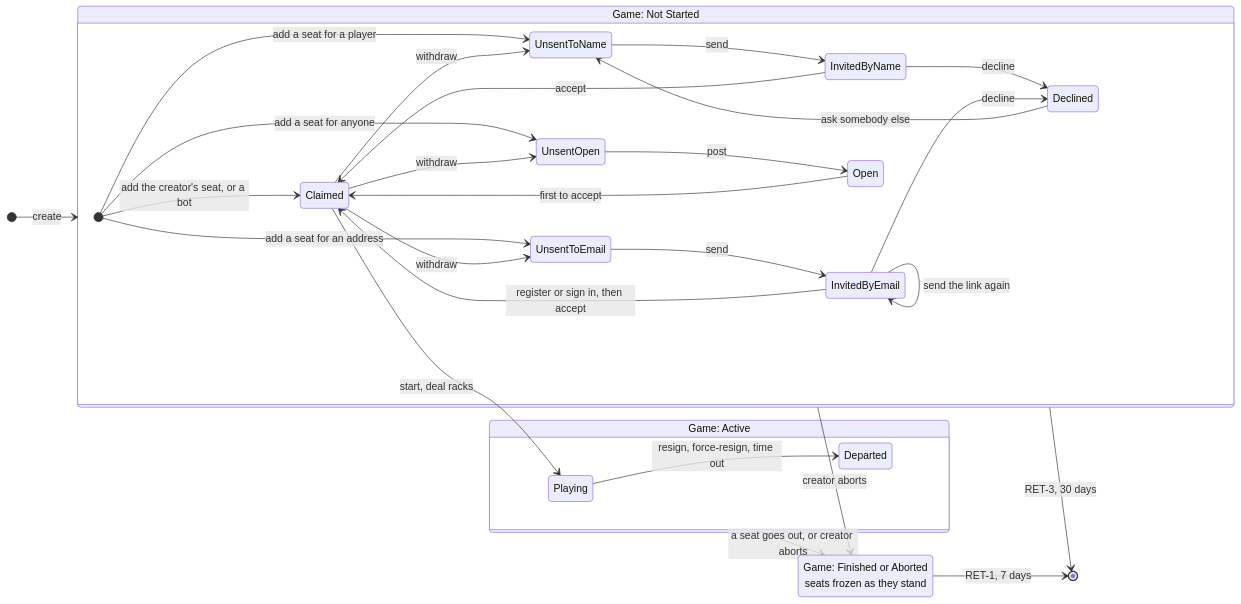
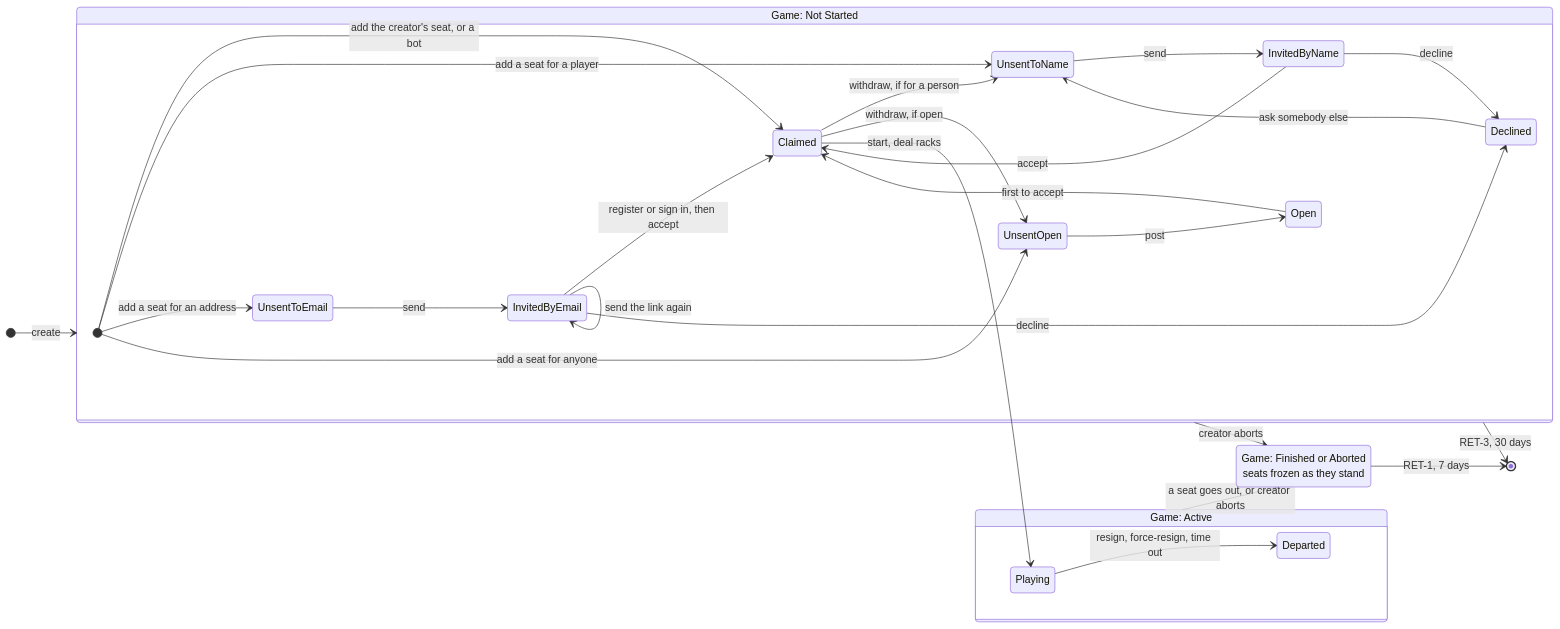
Before and after one commit to SteveStyle/scrabble-px: the first of 3 diagrams in docs/changes/71-one-game-model.md, drawn with Mermaid. The commit also changed other lines of this file, not shown here.

````diff
--- a/docs/changes/71-one-game-model.md
+++ b/docs/changes/71-one-game-model.md
@@ -354,37 +377,36 @@
 ```mermaid
 stateDiagram-v2
     direction LR
     [*] --> NotStarted: create
 
     state "Game: Not Started" as NotStarted {
         [*] --> Claimed: add the creator's seat, or a bot
         [*] --> UnsentToName: add a seat for a player
         [*] --> UnsentToEmail: add a seat for an address
         [*] --> UnsentOpen: add a seat for anyone
         UnsentToName --> InvitedByName: send
         UnsentToEmail --> InvitedByEmail: send
         UnsentOpen --> Open: post
         InvitedByEmail --> InvitedByEmail: send the link again
         InvitedByName --> Claimed: accept
         InvitedByEmail --> Claimed: register or sign in, then accept
         Open --> Claimed: first to accept
         InvitedByName --> Declined: decline
         InvitedByEmail --> Declined: decline
         Declined --> UnsentToName: ask somebody else
-        Claimed --> UnsentToName: withdraw
-        Claimed --> UnsentToEmail: withdraw
-        Claimed --> UnsentOpen: withdraw
+        Claimed --> UnsentToName: withdraw, if for a person
+        Claimed --> UnsentOpen: withdraw, if open
     }
 
     state "Game: Active" as Active {
         Playing --> Departed: resign, force-resign, time out
     }
 
     state "Game: Finished or Aborted<br/>seats frozen as they stand" as Over
 
     Claimed --> Playing: start, deal racks
     NotStarted --> Over: creator aborts
     Active --> Over: a seat goes out, or creator aborts
     NotStarted --> [*]: RET-3, 30 days
     Over --> [*]: RET-1, 7 days
 ```
````
